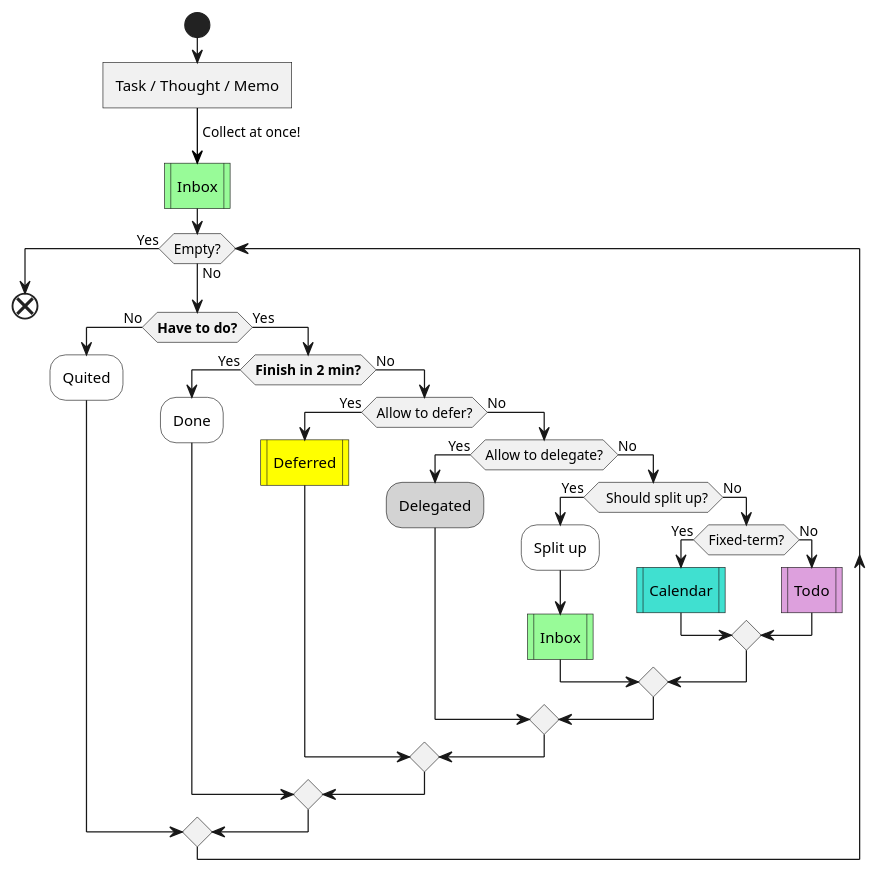
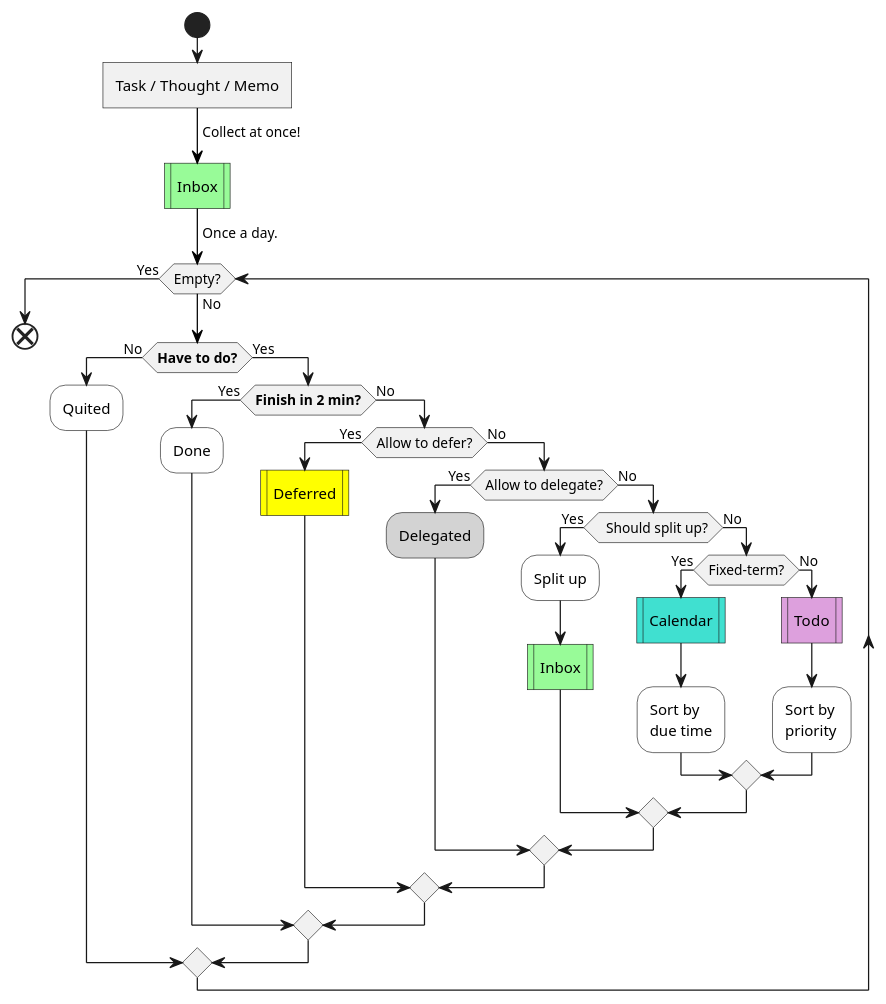
The fifth of 12 diagrams in snips/principles/gtd.md (IceHe/icehe-lib), drawn with PlantUML before and after one commit. The commit also changed other lines of this file, not shown here.

````diff
--- a/snips/principles/gtd.md
+++ b/snips/principles/gtd.md
@@ -150,38 +153,42 @@
 ```plantuml
 @startuml
 start
 :Task / Thought / Memo]
 -[#black]-> Collect at once!;
 #paleGreen:Inbox|
+-[#black]-> Once a day.;
 while (Empty?) is (No)
     if (**Have to do?**) then (No)
         #white:Quited;
     else (Yes)
         if (**Finish in 2 min?**) then (Yes)
             #white:Done;
         else (No)
             if (Allow to defer?) then (Yes)
+                '#white:Deferred;
                 #yellow:Deferred|
             else (No)
                 if (Allow to delegate?) then (Yes)
                     #lightGray:Delegated;
                 else (No)
                     if (  Should split up?) then (Yes)
                         #white:Split up;
                         #paleGreen:Inbox|
                     else (No)
                         if (Fixed-term?) then (Yes)
                             '#white:Due Dated;
                             #turquoise:Calendar|
+                            #white:Sort by \ndue time;
                         else (No)
                             #plum:Todo|
+                            #white:Sort by \npriority;
                         endif
                     endif
                 endif
             endif
         endif
     endif
 endwhile (Yes)
 end
 @enduml
 ```
````
